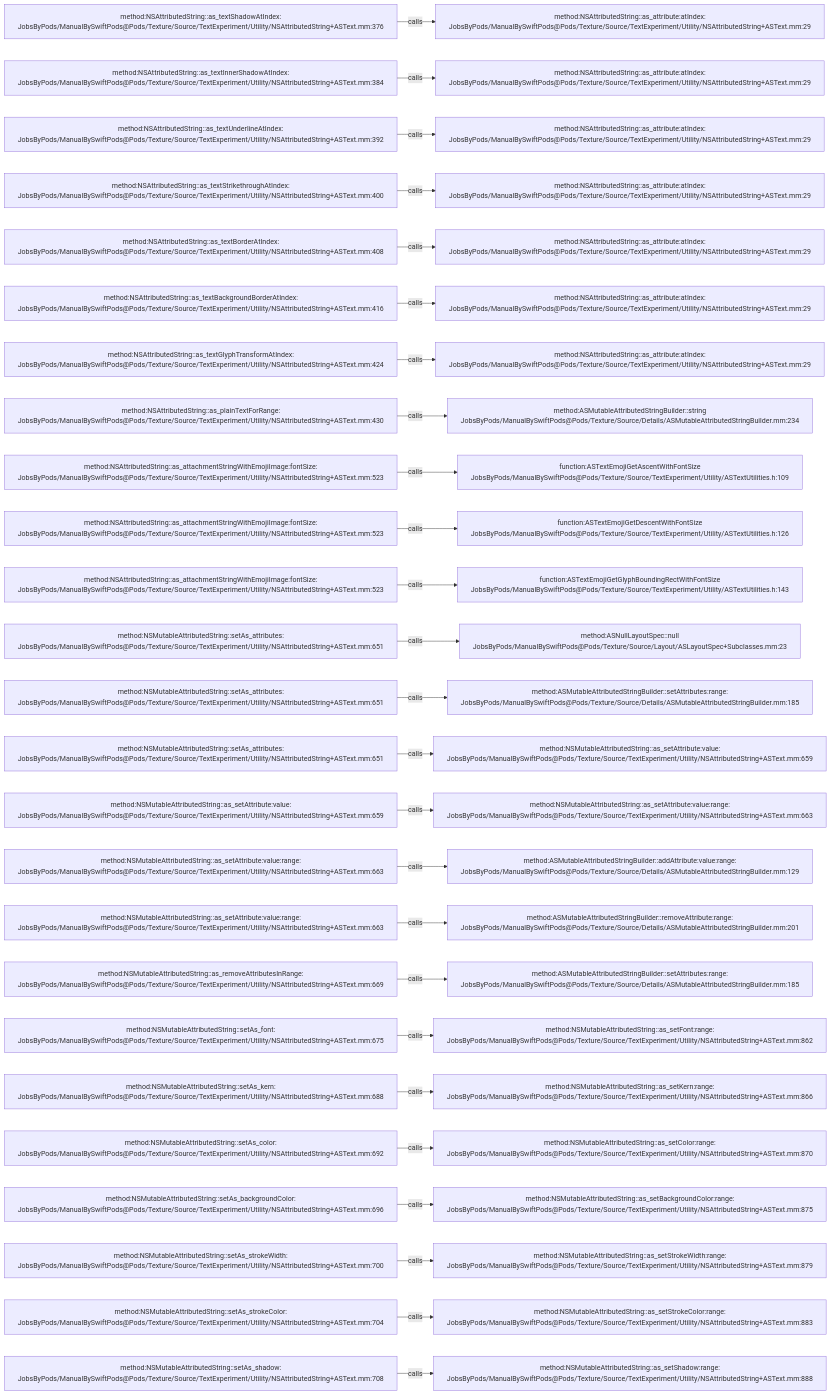
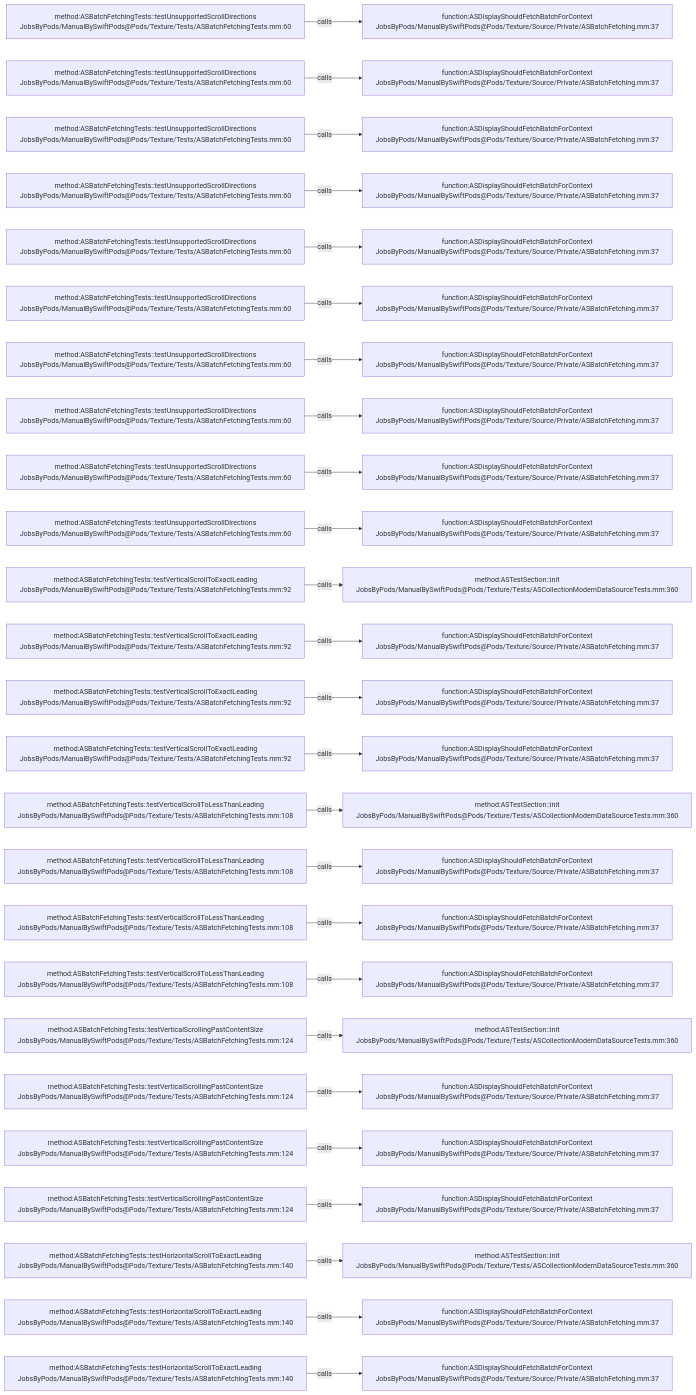
One commit to JobsKits/JobsSwiftBaseConfigDemo changed the diagram in .codegraph/codegraph.md/graphs/calls-162.md. Above: the diagram before and after it, drawn with Mermaid. The commit also changed 832 other files, not shown here.

````diff
--- a/.codegraph/codegraph.md/graphs/calls-162.md
+++ b/.codegraph/codegraph.md/graphs/calls-162.md
@@ -13,78 +13,78 @@
 ```mermaid
 flowchart LR
-  S1["method:NSAttributedString::as_textShadowAtIndex:<br/>JobsByPods/ManualBySwiftPods@Pods/Texture/Source/TextExperiment/Utility/NSAttributedString+ASText.mm:376"]
-  T1["method:NSAttributedString::as_attribute:atIndex:<br/>JobsByPods/ManualBySwiftPods@Pods/Texture/Source/TextExperiment/Utility/NSAttributedString+ASText.mm:29"]
+  S1["method:ASBatchFetchingTests::testUnsupportedScrollDirections<br/>JobsByPods/ManualBySwiftPods@Pods/Texture/Tests/ASBatchFetchingTests.mm:60"]
+  T1["function:ASDisplayShouldFetchBatchForContext<br/>JobsByPods/ManualBySwiftPods@Pods/Texture/Source/Private/ASBatchFetching.mm:37"]
   S1 -->|calls| T1
-  S2["method:NSAttributedString::as_textInnerShadowAtIndex:<br/>JobsByPods/ManualBySwiftPods@Pods/Texture/Source/TextExperiment/Utility/NSAttributedString+ASText.mm:384"]
-  T2["method:NSAttributedString::as_attribute:atIndex:<br/>JobsByPods/ManualBySwiftPods@Pods/Texture/Source/TextExperiment/Utility/NSAttributedString+ASText.mm:29"]
+  S2["method:ASBatchFetchingTests::testUnsupportedScrollDirections<br/>JobsByPods/ManualBySwiftPods@Pods/Texture/Tests/ASBatchFetchingTests.mm:60"]
+  T2["function:ASDisplayShouldFetchBatchForContext<br/>JobsByPods/ManualBySwiftPods@Pods/Texture/Source/Private/ASBatchFetching.mm:37"]
   S2 -->|calls| T2
-  S3["method:NSAttributedString::as_textUnderlineAtIndex:<br/>JobsByPods/ManualBySwiftPods@Pods/Texture/Source/TextExperiment/Utility/NSAttributedString+ASText.mm:392"]
-  T3["method:NSAttributedString::as_attribute:atIndex:<br/>JobsByPods/ManualBySwiftPods@Pods/Texture/Source/TextExperiment/Utility/NSAttributedString+ASText.mm:29"]
+  S3["method:ASBatchFetchingTests::testUnsupportedScrollDirections<br/>JobsByPods/ManualBySwiftPods@Pods/Texture/Tests/ASBatchFetchingTests.mm:60"]
+  T3["function:ASDisplayShouldFetchBatchForContext<br/>JobsByPods/ManualBySwiftPods@Pods/Texture/Source/Private/ASBatchFetching.mm:37"]
   S3 -->|calls| T3
-  S4["method:NSAttributedString::as_textStrikethroughAtIndex:<br/>JobsByPods/ManualBySwiftPods@Pods/Texture/Source/TextExperiment/Utility/NSAttributedString+ASText.mm:400"]
-  T4["method:NSAttributedString::as_attribute:atIndex:<br/>JobsByPods/ManualBySwiftPods@Pods/Texture/Source/TextExperiment/Utility/NSAttributedString+ASText.mm:29"]
+  S4["method:ASBatchFetchingTests::testUnsupportedScrollDirections<br/>JobsByPods/ManualBySwiftPods@Pods/Texture/Tests/ASBatchFetchingTests.mm:60"]
+  T4["function:ASDisplayShouldFetchBatchForContext<br/>JobsByPods/ManualBySwiftPods@Pods/Texture/Source/Private/ASBatchFetching.mm:37"]
   S4 -->|calls| T4
-  S5["method:NSAttributedString::as_textBorderAtIndex:<br/>JobsByPods/ManualBySwiftPods@Pods/Texture/Source/TextExperiment/Utility/NSAttributedString+ASText.mm:408"]
-  T5["method:NSAttributedString::as_attribute:atIndex:<br/>JobsByPods/ManualBySwiftPods@Pods/Texture/Source/TextExperiment/Utility/NSAttributedString+ASText.mm:29"]
+  S5["method:ASBatchFetchingTests::testUnsupportedScrollDirections<br/>JobsByPods/ManualBySwiftPods@Pods/Texture/Tests/ASBatchFetchingTests.mm:60"]
+  T5["function:ASDisplayShouldFetchBatchForContext<br/>JobsByPods/ManualBySwiftPods@Pods/Texture/Source/Private/ASBatchFetching.mm:37"]
   S5 -->|calls| T5
-  S6["method:NSAttributedString::as_textBackgroundBorderAtIndex:<br/>JobsByPods/ManualBySwiftPods@Pods/Texture/Source/TextExperiment/Utility/NSAttributedString+ASText.mm:416"]
-  T6["method:NSAttributedString::as_attribute:atIndex:<br/>JobsByPods/ManualBySwiftPods@Pods/Texture/Source/TextExperiment/Utility/NSAttributedString+ASText.mm:29"]
+  S6["method:ASBatchFetchingTests::testUnsupportedScrollDirections<br/>JobsByPods/ManualBySwiftPods@Pods/Texture/Tests/ASBatchFetchingTests.mm:60"]
+  T6["function:ASDisplayShouldFetchBatchForContext<br/>JobsByPods/ManualBySwiftPods@Pods/Texture/Source/Private/ASBatchFetching.mm:37"]
   S6 -->|calls| T6
-  S7["method:NSAttributedString::as_textGlyphTransformAtIndex:<br/>JobsByPods/ManualBySwiftPods@Pods/Texture/Source/TextExperiment/Utility/NSAttributedString+ASText.mm:424"]
-  T7["method:NSAttributedString::as_attribute:atIndex:<br/>JobsByPods/ManualBySwiftPods@Pods/Texture/Source/TextExperiment/Utility/NSAttributedString+ASText.mm:29"]
+  S7["method:ASBatchFetchingTests::testUnsupportedScrollDirections<br/>JobsByPods/ManualBySwiftPods@Pods/Texture/Tests/ASBatchFetchingTests.mm:60"]
+  T7["function:ASDisplayShouldFetchBatchForContext<br/>JobsByPods/ManualBySwiftPods@Pods/Texture/Source/Private/ASBatchFetching.mm:37"]
   S7 -->|calls| T7
-  S8["method:NSAttributedString::as_plainTextForRange:<br/>JobsByPods/ManualBySwiftPods@Pods/Texture/Source/TextExperiment/Utility/NSAttributedString+ASText.mm:430"]
-  T8["method:ASMutableAttributedStringBuilder::string<br/>JobsByPods/ManualBySwiftPods@Pods/Texture/Source/Details/ASMutableAttributedStringBuilder.mm:234"]
+  S8["method:ASBatchFetchingTests::testUnsupportedScrollDirections<br/>JobsByPods/ManualBySwiftPods@Pods/Texture/Tests/ASBatchFetchingTests.mm:60"]
+  T8["function:ASDisplayShouldFetchBatchForContext<br/>JobsByPods/ManualBySwiftPods@Pods/Texture/Source/Private/ASBatchFetching.mm:37"]
   S8 -->|calls| T8
-  S9["method:NSAttributedString::as_attachmentStringWithEmojiImage:fontSize:<br/>JobsByPods/ManualBySwiftPods@Pods/Texture/Source/TextExperiment/Utility/NSAttributedString+ASText.mm:523"]
-  T9["function:ASTextEmojiGetAscentWithFontSize<br/>JobsByPods/ManualBySwiftPods@Pods/Texture/Source/TextExperiment/Utility/ASTextUtilities.h:109"]
+  S9["method:ASBatchFetchingTests::testUnsupportedScrollDirections<br/>JobsByPods/ManualBySwiftPods@Pods/Texture/Tests/ASBatchFetchingTests.mm:60"]
+  T9["function:ASDisplayShouldFetchBatchForContext<br/>JobsByPods/ManualBySwiftPods@Pods/Texture/Source/Private/ASBatchFetching.mm:37"]
   S9 -->|calls| T9
-  S10["method:NSAttributedString::as_attachmentStringWithEmojiImage:fontSize:<br/>JobsByPods/ManualBySwiftPods@Pods/Texture/Source/TextExperiment/Utility/NSAttributedString+ASText.mm:523"]
-  T10["function:ASTextEmojiGetDescentWithFontSize<br/>JobsByPods/ManualBySwiftPods@Pods/Texture/Source/TextExperiment/Utility/ASTextUtilities.h:126"]
+  S10["method:ASBatchFetchingTests::testUnsupportedScrollDirections<br/>JobsByPods/ManualBySwiftPods@Pods/Texture/Tests/ASBatchFetchingTests.mm:60"]
+  T10["function:ASDisplayShouldFetchBatchForContext<br/>JobsByPods/ManualBySwiftPods@Pods/Texture/Source/Private/ASBatchFetching.mm:37"]
   S10 -->|calls| T10
-  S11["method:NSAttributedString::as_attachmentStringWithEmojiImage:fontSize:<br/>JobsByPods/ManualBySwiftPods@Pods/Texture/Source/TextExperiment/Utility/NSAttributedString+ASText.mm:523"]
-  T11["function:ASTextEmojiGetGlyphBoundingRectWithFontSize<br/>JobsByPods/ManualBySwiftPods@Pods/Texture/Source/TextExperiment/Utility/ASTextUtilities.h:143"]
+  S11["method:ASBatchFetchingTests::testVerticalScrollToExactLeading<br/>JobsByPods/ManualBySwiftPods@Pods/Texture/Tests/ASBatchFetchingTests.mm:92"]
+  T11["method:ASTestSection::init<br/>JobsByPods/ManualBySwiftPods@Pods/Texture/Tests/ASCollectionModernDataSourceTests.mm:360"]
   S11 -->|calls| T11
-  S12["method:NSMutableAttributedString::setAs_attributes:<br/>JobsByPods/ManualBySwiftPods@Pods/Texture/Source/TextExperiment/Utility/NSAttributedString+ASText.mm:651"]
-  T12["method:ASNullLayoutSpec::null<br/>JobsByPods/ManualBySwiftPods@Pods/Texture/Source/Layout/ASLayoutSpec+Subclasses.mm:23"]
+  S12["method:ASBatchFetchingTests::testVerticalScrollToExactLeading<br/>JobsByPods/ManualBySwiftPods@Pods/Texture/Tests/ASBatchFetchingTests.mm:92"]
+  T12["function:ASDisplayShouldFetchBatchForContext<br/>JobsByPods/ManualBySwiftPods@Pods/Texture/Source/Private/ASBatchFetching.mm:37"]
   S12 -->|calls| T12
-  S13["method:NSMutableAttributedString::setAs_attributes:<br/>JobsByPods/ManualBySwiftPods@Pods/Texture/Source/TextExperiment/Utility/NSAttributedString+ASText.mm:651"]
-  T13["method:ASMutableAttributedStringBuilder::setAttributes:range:<br/>JobsByPods/ManualBySwiftPods@Pods/Texture/Source/Details/ASMutableAttributedStringBuilder.mm:185"]
+  S13["method:ASBatchFetchingTests::testVerticalScrollToExactLeading<br/>JobsByPods/ManualBySwiftPods@Pods/Texture/Tests/ASBatchFetchingTests.mm:92"]
+  T13["function:ASDisplayShouldFetchBatchForContext<br/>JobsByPods/ManualBySwiftPods@Pods/Texture/Source/Private/ASBatchFetching.mm:37"]
   S13 -->|calls| T13
-  S14["method:NSMutableAttributedString::setAs_attributes:<br/>JobsByPods/ManualBySwiftPods@Pods/Texture/Source/TextExperiment/Utility/NSAttributedString+ASText.mm:651"]
-  T14["method:NSMutableAttributedString::as_setAttribute:value:<br/>JobsByPods/ManualBySwiftPods@Pods/Texture/Source/TextExperiment/Utility/NSAttributedString+ASText.mm:659"]
+  S14["method:ASBatchFetchingTests::testVerticalScrollToExactLeading<br/>JobsByPods/ManualBySwiftPods@Pods/Texture/Tests/ASBatchFetchingTests.mm:92"]
+  T14["function:ASDisplayShouldFetchBatchForContext<br/>JobsByPods/ManualBySwiftPods@Pods/Texture/Source/Private/ASBatchFetching.mm:37"]
   S14 -->|calls| T14
-  S15["method:NSMutableAttributedString::as_setAttribute:value:<br/>JobsByPods/ManualBySwiftPods@Pods/Texture/Source/TextExperiment/Utility/NSAttributedString+ASText.mm:659"]
-  T15["method:NSMutableAttributedString::as_setAttribute:value:range:<br/>JobsByPods/ManualBySwiftPods@Pods/Texture/Source/TextExperiment/Utility/NSAttributedString+ASText.mm:663"]
+  S15["method:ASBatchFetchingTests::testVerticalScrollToLessThanLeading<br/>JobsByPods/ManualBySwiftPods@Pods/Texture/Tests/ASBatchFetchingTests.mm:108"]
+  T15["method:ASTestSection::init<br/>JobsByPods/ManualBySwiftPods@Pods/Texture/Tests/ASCollectionModernDataSourceTests.mm:360"]
   S15 -->|calls| T15
-  S16["method:NSMutableAttributedString::as_setAttribute:value:range:<br/>JobsByPods/ManualBySwiftPods@Pods/Texture/Source/TextExperiment/Utility/NSAttributedString+ASText.mm:663"]
-  T16["method:ASMutableAttributedStringBuilder::addAttribute:value:range:<br/>JobsByPods/ManualBySwiftPods@Pods/Texture/Source/Details/ASMutableAttributedStringBuilder.mm:129"]
+  S16["method:ASBatchFetchingTests::testVerticalScrollToLessThanLeading<br/>JobsByPods/ManualBySwiftPods@Pods/Texture/Tests/ASBatchFetchingTests.mm:108"]
+  T16["function:ASDisplayShouldFetchBatchForContext<br/>JobsByPods/ManualBySwiftPods@Pods/Texture/Source/Private/ASBatchFetching.mm:37"]
   S16 -->|calls| T16
-  S17["method:NSMutableAttributedString::as_setAttribute:value:range:<br/>JobsByPods/ManualBySwiftPods@Pods/Texture/Source/TextExperiment/Utility/NSAttributedString+ASText.mm:663"]
-  T17["method:ASMutableAttributedStringBuilder::removeAttribute:range:<br/>JobsByPods/ManualBySwiftPods@Pods/Texture/Source/Details/ASMutableAttributedStringBuilder.mm:201"]
+  S17["method:ASBatchFetchingTests::testVerticalScrollToLessThanLeading<br/>JobsByPods/ManualBySwiftPods@Pods/Texture/Tests/ASBatchFetchingTests.mm:108"]
+  T17["function:ASDisplayShouldFetchBatchForContext<br/>JobsByPods/ManualBySwiftPods@Pods/Texture/Source/Private/ASBatchFetching.mm:37"]
   S17 -->|calls| T17
-  S18["method:NSMutableAttributedString::as_removeAttributesInRange:<br/>JobsByPods/ManualBySwiftPods@Pods/Texture/Source/TextExperiment/Utility/NSAttributedString+ASText.mm:669"]
-  T18["method:ASMutableAttributedStringBuilder::setAttributes:range:<br/>JobsByPods/ManualBySwiftPods@Pods/Texture/Source/Details/ASMutableAttributedStringBuilder.mm:185"]
+  S18["method:ASBatchFetchingTests::testVerticalScrollToLessThanLeading<br/>JobsByPods/ManualBySwiftPods@Pods/Texture/Tests/ASBatchFetchingTests.mm:108"]
+  T18["function:ASDisplayShouldFetchBatchForContext<br/>JobsByPods/ManualBySwiftPods@Pods/Texture/Source/Private/ASBatchFetching.mm:37"]
   S18 -->|calls| T18
-  S19["method:NSMutableAttributedString::setAs_font:<br/>JobsByPods/ManualBySwiftPods@Pods/Texture/Source/TextExperiment/Utility/NSAttributedString+ASText.mm:675"]
-  T19["method:NSMutableAttributedString::as_setFont:range:<br/>JobsByPods/ManualBySwiftPods@Pods/Texture/Source/TextExperiment/Utility/NSAttributedString+ASText.mm:862"]
+  S19["method:ASBatchFetchingTests::testVerticalScrollingPastContentSize<br/>JobsByPods/ManualBySwiftPods@Pods/Texture/Tests/ASBatchFetchingTests.mm:124"]
+  T19["method:ASTestSection::init<br/>JobsByPods/ManualBySwiftPods@Pods/Texture/Tests/ASCollectionModernDataSourceTests.mm:360"]
   S19 -->|calls| T19
-  S20["method:NSMutableAttributedString::setAs_kern:<br/>JobsByPods/ManualBySwiftPods@Pods/Texture/Source/TextExperiment/Utility/NSAttributedString+ASText.mm:688"]
-  T20["method:NSMutableAttributedString::as_setKern:range:<br/>JobsByPods/ManualBySwiftPods@Pods/Texture/Source/TextExperiment/Utility/NSAttributedString+ASText.mm:866"]
+  S20["method:ASBatchFetchingTests::testVerticalScrollingPastContentSize<br/>JobsByPods/ManualBySwiftPods@Pods/Texture/Tests/ASBatchFetchingTests.mm:124"]
+  T20["function:ASDisplayShouldFetchBatchForContext<br/>JobsByPods/ManualBySwiftPods@Pods/Texture/Source/Private/ASBatchFetching.mm:37"]
   S20 -->|calls| T20
-  S21["method:NSMutableAttributedString::setAs_color:<br/>JobsByPods/ManualBySwiftPods@Pods/Texture/Source/TextExperiment/Utility/NSAttributedString+ASText.mm:692"]
-  T21["method:NSMutableAttributedString::as_setColor:range:<br/>JobsByPods/ManualBySwiftPods@Pods/Texture/Source/TextExperiment/Utility/NSAttributedString+ASText.mm:870"]
+  S21["method:ASBatchFetchingTests::testVerticalScrollingPastContentSize<br/>JobsByPods/ManualBySwiftPods@Pods/Texture/Tests/ASBatchFetchingTests.mm:124"]
+  T21["function:ASDisplayShouldFetchBatchForContext<br/>JobsByPods/ManualBySwiftPods@Pods/Texture/Source/Private/ASBatchFetching.mm:37"]
   S21 -->|calls| T21
-  S22["method:NSMutableAttributedString::setAs_backgroundColor:<br/>JobsByPods/ManualBySwiftPods@Pods/Texture/Source/TextExperiment/Utility/NSAttributedString+ASText.mm:696"]
-  T22["method:NSMutableAttributedString::as_setBackgroundColor:range:<br/>JobsByPods/ManualBySwiftPods@Pods/Texture/Source/TextExperiment/Utility/NSAttributedString+ASText.mm:875"]
+  S22["method:ASBatchFetchingTests::testVerticalScrollingPastContentSize<br/>JobsByPods/ManualBySwiftPods@Pods/Texture/Tests/ASBatchFetchingTests.mm:124"]
+  T22["function:ASDisplayShouldFetchBatchForContext<br/>JobsByPods/ManualBySwiftPods@Pods/Texture/Source/Private/ASBatchFetching.mm:37"]
   S22 -->|calls| T22
-  S23["method:NSMutableAttributedString::setAs_strokeWidth:<br/>JobsByPods/ManualBySwiftPods@Pods/Texture/Source/TextExperiment/Utility/NSAttributedString+ASText.mm:700"]
-  T23["method:NSMutableAttributedString::as_setStrokeWidth:range:<br/>JobsByPods/ManualBySwiftPods@Pods/Texture/Source/TextExperiment/Utility/NSAttributedString+ASText.mm:879"]
+  S23["method:ASBatchFetchingTests::testHorizontalScrollToExactLeading<br/>JobsByPods/ManualBySwiftPods@Pods/Texture/Tests/ASBatchFetchingTests.mm:140"]
+  T23["method:ASTestSection::init<br/>JobsByPods/ManualBySwiftPods@Pods/Texture/Tests/ASCollectionModernDataSourceTests.mm:360"]
   S23 -->|calls| T23
-  S24["method:NSMutableAttributedString::setAs_strokeColor:<br/>JobsByPods/ManualBySwiftPods@Pods/Texture/Source/TextExperiment/Utility/NSAttributedString+ASText.mm:704"]
-  T24["method:NSMutableAttributedString::as_setStrokeColor:range:<br/>JobsByPods/ManualBySwiftPods@Pods/Texture/Source/TextExperiment/Utility/NSAttributedString+ASText.mm:883"]
+  S24["method:ASBatchFetchingTests::testHorizontalScrollToExactLeading<br/>JobsByPods/ManualBySwiftPods@Pods/Texture/Tests/ASBatchFetchingTests.mm:140"]
+  T24["function:ASDisplayShouldFetchBatchForContext<br/>JobsByPods/ManualBySwiftPods@Pods/Texture/Source/Private/ASBatchFetching.mm:37"]
   S24 -->|calls| T24
-  S25["method:NSMutableAttributedString::setAs_shadow:<br/>JobsByPods/ManualBySwiftPods@Pods/Texture/Source/TextExperiment/Utility/NSAttributedString+ASText.mm:708"]
-  T25["method:NSMutableAttributedString::as_setShadow:range:<br/>JobsByPods/ManualBySwiftPods@Pods/Texture/Source/TextExperiment/Utility/NSAttributedString+ASText.mm:888"]
+  S25["method:ASBatchFetchingTests::testHorizontalScrollToExactLeading<br/>JobsByPods/ManualBySwiftPods@Pods/Texture/Tests/ASBatchFetchingTests.mm:140"]
+  T25["function:ASDisplayShouldFetchBatchForContext<br/>JobsByPods/ManualBySwiftPods@Pods/Texture/Source/Private/ASBatchFetching.mm:37"]
   S25 -->|calls| T25
 ```
````
